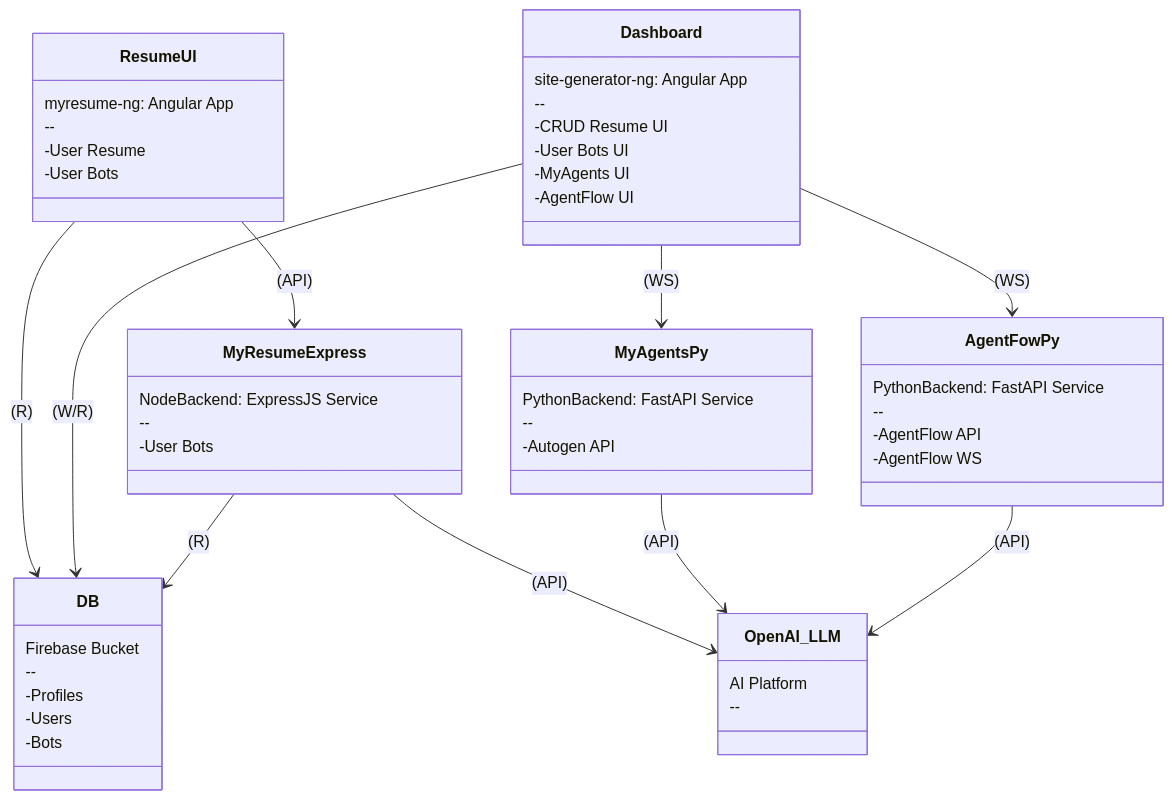
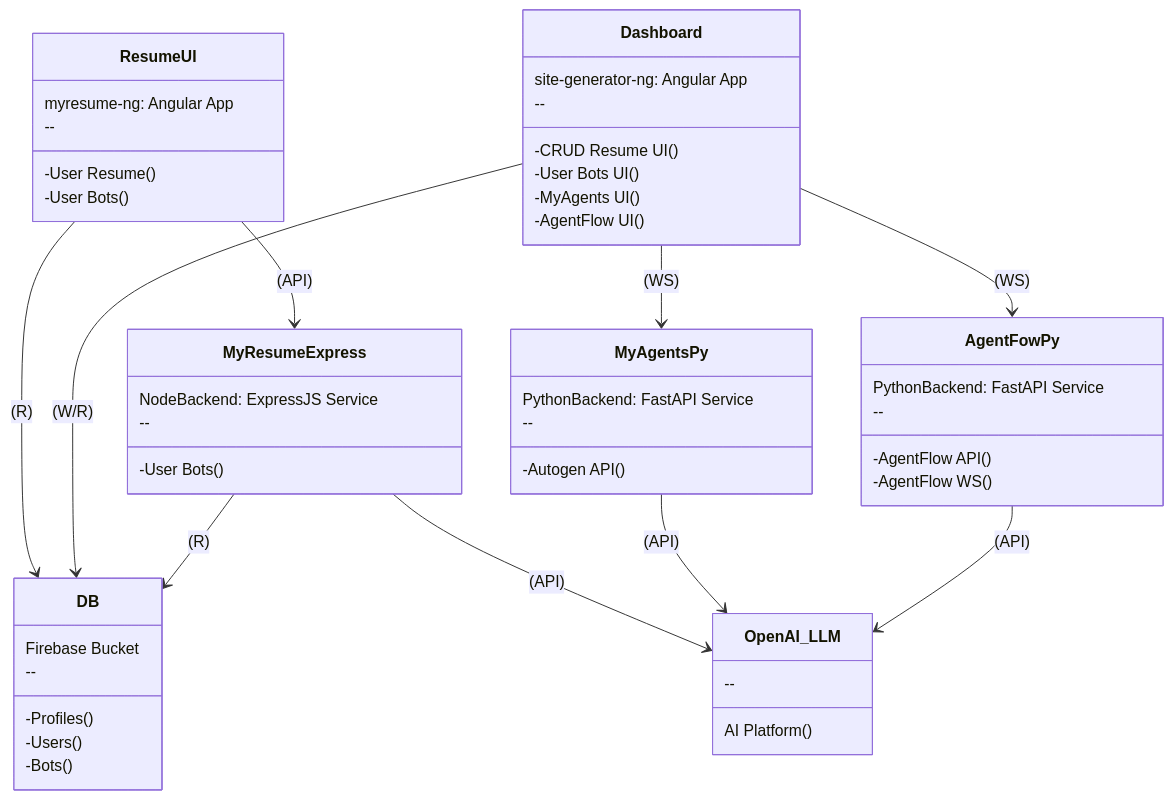
One commit to thaer899/connectorzzz changed the diagram in README.md. Above: the diagram before and after it, drawn with Mermaid.

````diff
--- a/README.md
+++ b/README.md
@@ -24,58 +24,58 @@
 ```mermaid
 %%{init: {'theme': 'default'}}%%
 classDiagram
     class DB {
         Firebase Bucket
         --
-        -Profiles
-        -Users
-        -Bots
+        -Profiles()
+        -Users()
+        -Bots()
     }
     class ResumeUI {
         myresume-ng: Angular App
         --
-        -User Resume
-        -User Bots
+        -User Resume()
+        -User Bots()
     }
     class Dashboard {
         site-generator-ng: Angular App
         --
-        -CRUD Resume UI
-        -User Bots UI
-        -MyAgents UI
-        -AgentFlow UI
+        -CRUD Resume UI()
+        -User Bots UI()
+        -MyAgents UI()
+        -AgentFlow UI()
     }
     class MyResumeExpress {
         NodeBackend: ExpressJS Service
         --
-        -User Bots
+        -User Bots()
     }
     class MyAgentsPy {
         PythonBackend: FastAPI Service
         --
-        -Autogen API
+        -Autogen API()
     }
     class AgentFowPy {
         PythonBackend: FastAPI Service
         --
-        -AgentFlow API
-        -AgentFlow WS
+        -AgentFlow API()
+        -AgentFlow WS()
     }
     class OpenAI_LLM {
-        AI Platform
+        AI Platform()
         --
     }
 
     %% Connections
     ResumeUI --> DB :  (R)
     Dashboard --> DB :  (W/R)
     ResumeUI --> MyResumeExpress : (API)
     MyResumeExpress --> DB :  (R)
     MyResumeExpress --> OpenAI_LLM : (API)
     Dashboard --> MyAgentsPy :  (WS)
     MyAgentsPy --> OpenAI_LLM : (API)
     Dashboard --> AgentFowPy :  (WS)
     AgentFowPy --> OpenAI_LLM : (API)
 
 
 ```
````
